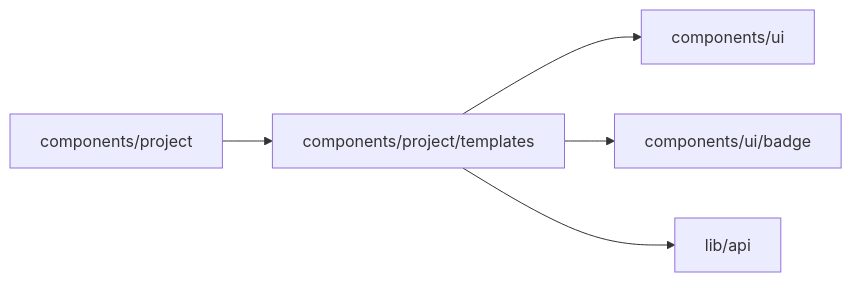
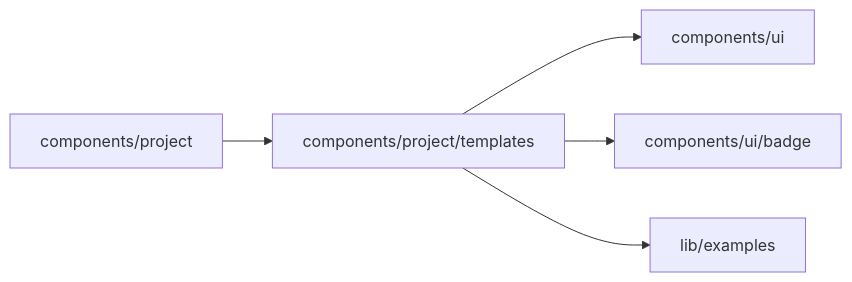
Before and after one commit to superdurable/superverse: the diagram in web/studio/components/project/templates/README.md, drawn with Mermaid. The commit also changed other lines of this file and 126 other files, not shown here.

````diff
--- a/web/studio/components/project/templates/README.md
+++ b/web/studio/components/project/templates/README.md
@@ -10,8 +10,8 @@
 ```mermaid
 flowchart LR
   self["components/project/templates"]
   c0["components/project"] --> self
   self --> d0["components/ui"]
   self --> d1["components/ui/badge"]
-  self --> d2["lib/api"]
+  self --> d2["lib/examples"]
 ```
````
